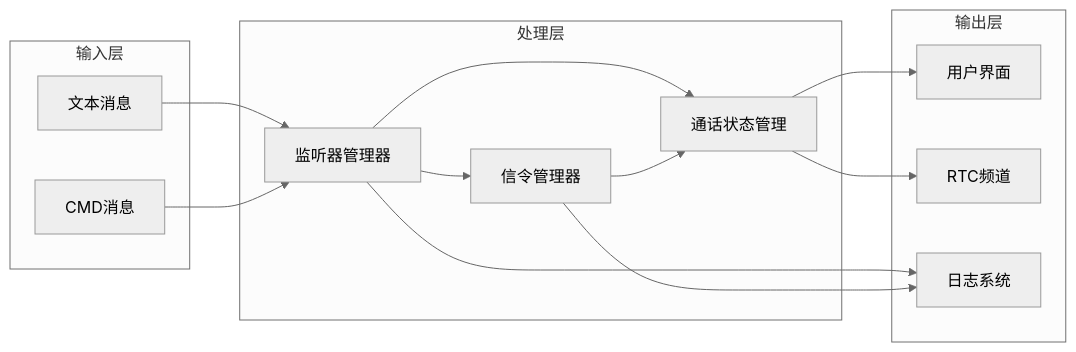
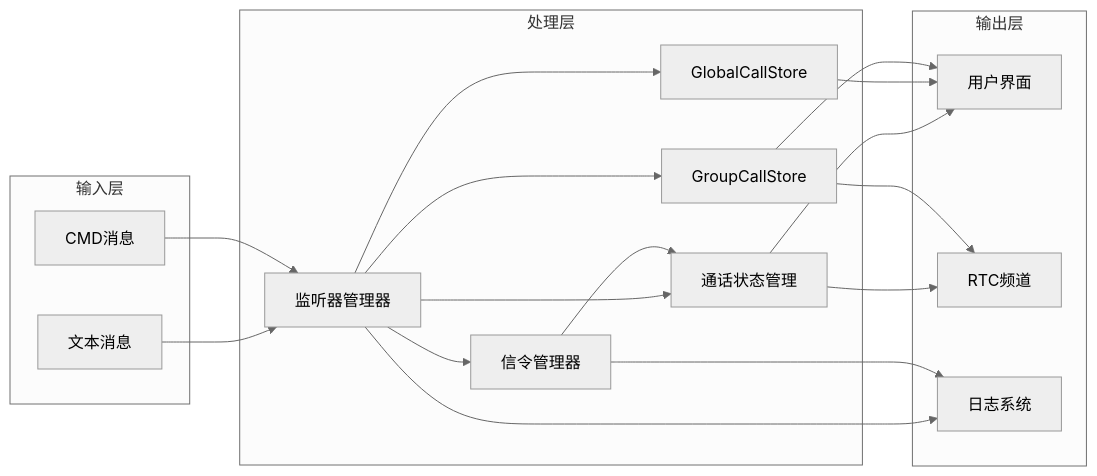
Before and after one commit to Easemob-Community/easemob-uikit-callkit-vue3: diagram 15 of 16 in .qoder/repowiki/zh/content/组合式 API/监听器管理 API.md, drawn with Mermaid (neutral theme). The commit also changed other lines of this file and 54 other files, not shown here.

````diff
--- a/.qoder/repowiki/zh/content/组合式 API/监听器管理 API.md
+++ b/.qoder/repowiki/zh/content/组合式 API/监听器管理 API.md
@@ -448,26 +705,33 @@
 ```mermaid
 flowchart LR
 subgraph "输入层"
 TM[文本消息]
 CM[CMD消息]
 end
 subgraph "处理层"
 LM[监听器管理器]
 SM[信令管理器]
 CL[通话状态管理]
+GCS[GlobalCallStore]
+GCS2[GroupCallStore]
 end
 subgraph "输出层"
 UI[用户界面]
 RTC[RTC频道]
 LOG[日志系统]
 end
 TM --> LM
 CM --> LM
 LM --> SM
 LM --> CL
+LM --> GCS
+LM --> GCS2
 SM --> CL
 CL --> UI
 CL --> RTC
 LM --> LOG
 SM --> LOG
+GCS --> UI
+GCS2 --> UI
+GCS2 --> RTC
 ```
````
